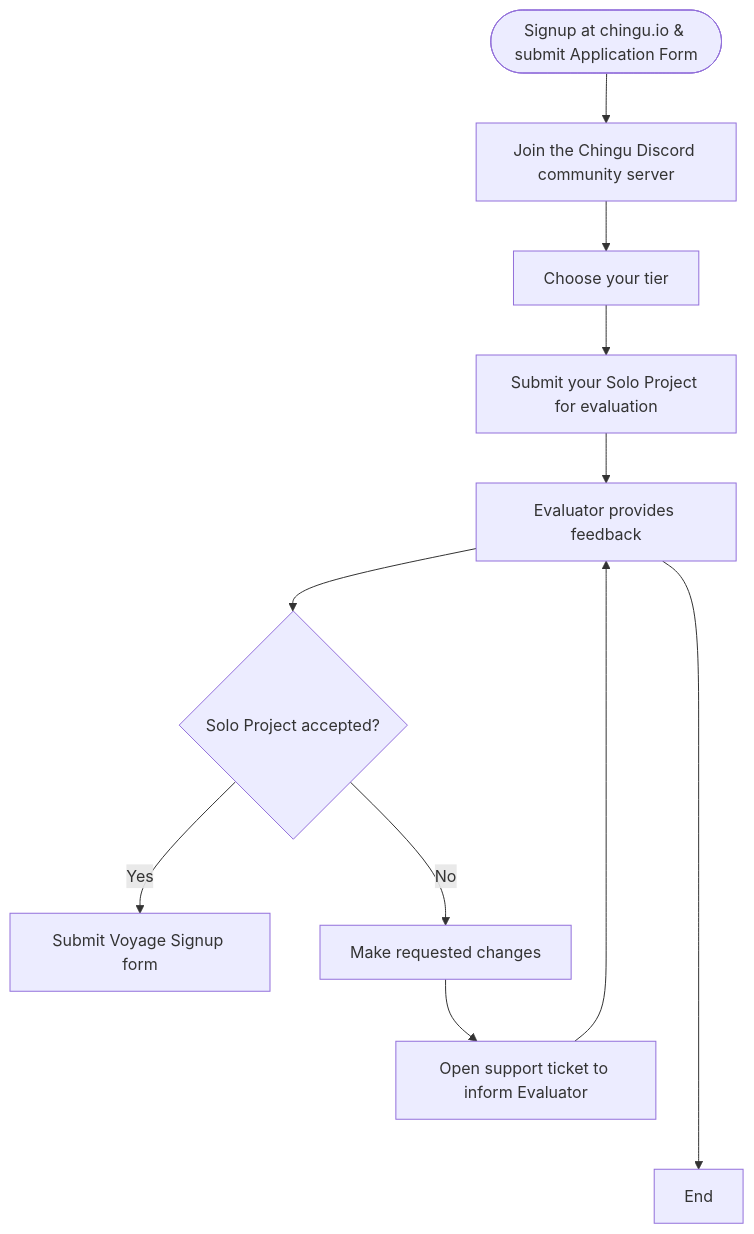
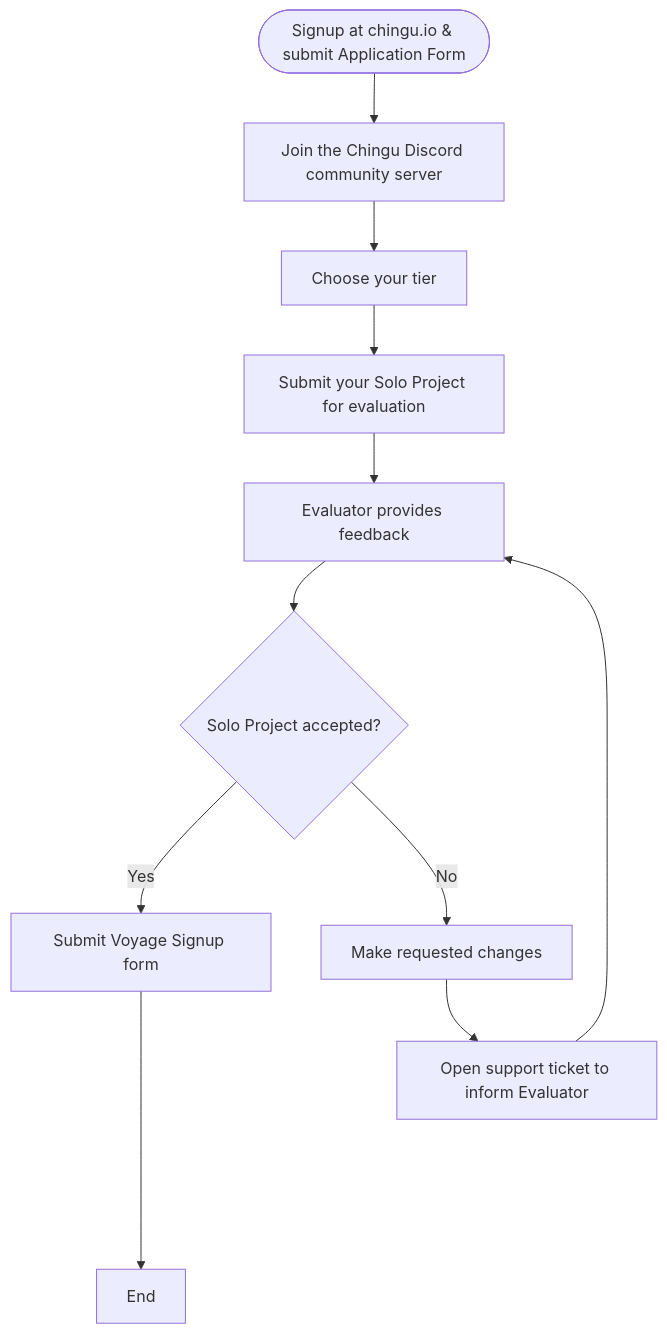
Before and after one commit to chingu-voyages/Handbook: the first of 2 diagrams in README.md, drawn with Mermaid.

Commit message:
Feature: Add onboarding flowchart

````diff
--- a/README.md
+++ b/README.md
@@ -50,14 +50,14 @@
 ```mermaid
 flowchart TB
    A(["Signup at chingu.io & submit Application Form"]) --> B["Join the Chingu Discord community server"];
    B --> C["Choose your tier"];
    C --> D["Submit your Solo Project for evaluation"];
    D --> E["Evaluator provides feedback"];
    E --> F{"Solo Project accepted?"};
    F -- Yes --> G["Submit Voyage Signup form"];
    F -- No --> H["Make requested changes"];
    I["Open support ticket to inform Evaluator"];
    H --> I;
    I --> E;
-   E -----> Z["End"];
+   G -----> Z["End"];
 ```
````
